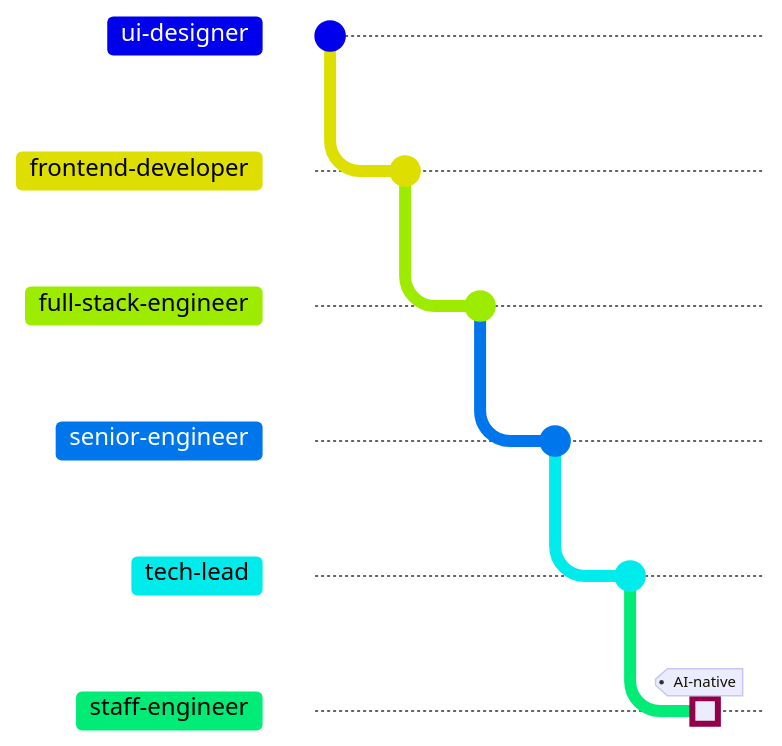
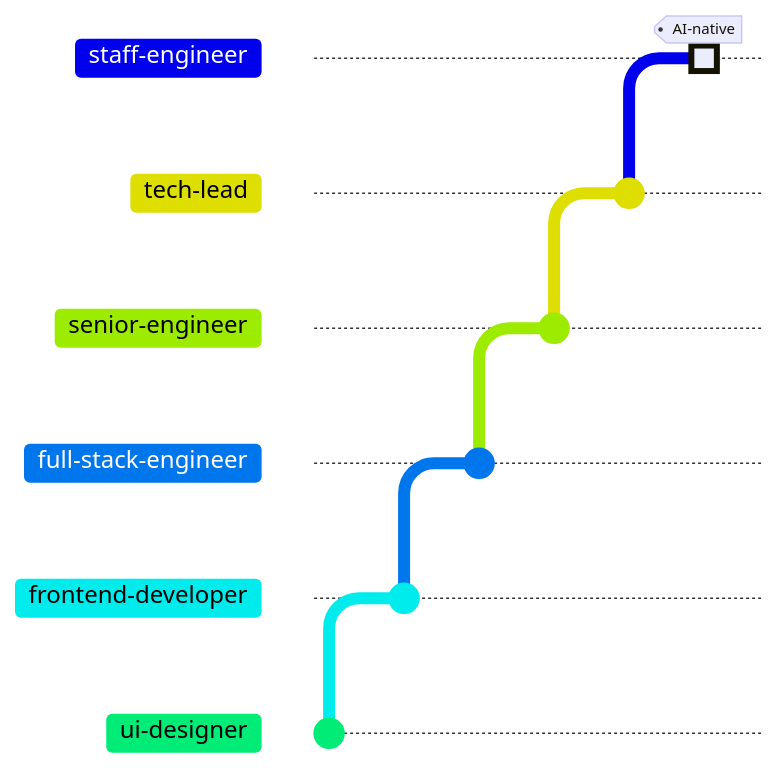
The diagram in Readme.md (MuzafferDede/muzafferdede), drawn with Mermaid before and after one commit. Commit ids are hidden.

Commit message:
Climb the career branches from bottom to top

````diff
--- a/Readme.md
+++ b/Readme.md
@@ -1,15 +1,15 @@
 ```mermaid
-%%{init: {'gitGraph': {'mainBranchName': 'ui-designer', 'showCommitLabel': false}}}%%
+%%{init: {'gitGraph': {'mainBranchName': 'ui-designer', 'mainBranchOrder': 5, 'showCommitLabel': false}}}%%
 gitGraph LR:
   commit
-  branch frontend-developer
+  branch frontend-developer order: 4
   commit
-  branch full-stack-engineer
+  branch full-stack-engineer order: 3
   commit
-  branch senior-engineer
+  branch senior-engineer order: 2
   commit
-  branch tech-lead
+  branch tech-lead order: 1
   commit
-  branch staff-engineer
+  branch staff-engineer order: 0
   commit type: HIGHLIGHT tag: "AI-native"
 ```
````
